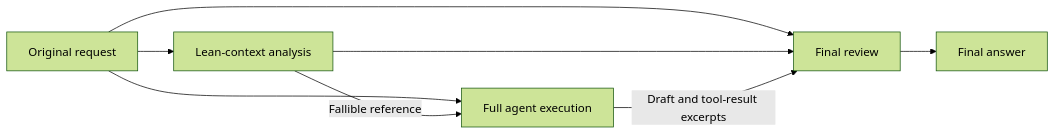
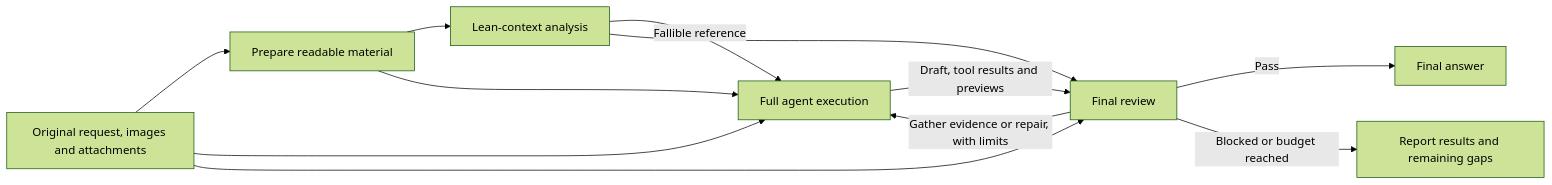
Before and after one commit to Yu1Ko/dsh-reasoning-support: the diagram in README.md, drawn with Mermaid (forest theme). The commit also changed other lines of this file and 21 other files, not shown here.

````diff
--- a/README.md
+++ b/README.md
@@ -17,10 +17,14 @@
 ```mermaid
 flowchart LR
-    U["Original request"] --> A["Lean-context analysis"]
+    U["Original request, images and attachments"] --> P["Prepare readable material"]
+    P --> A["Lean-context analysis"]
     U --> B["Full agent execution"]
+    P --> B
     A -->|"Fallible reference"| B
     U --> C["Final review"]
     A --> C
-    B -->|"Draft and tool-result excerpts"| C
-    C --> D["Final answer"]
+    B -->|"Draft, tool results and previews"| C
+    C -->|"Pass"| D["Final answer"]
+    C -->|"Gather evidence or repair, with limits"| B
+    C -->|"Blocked or budget reached"| E["Report results and remaining gaps"]
 ```
````
